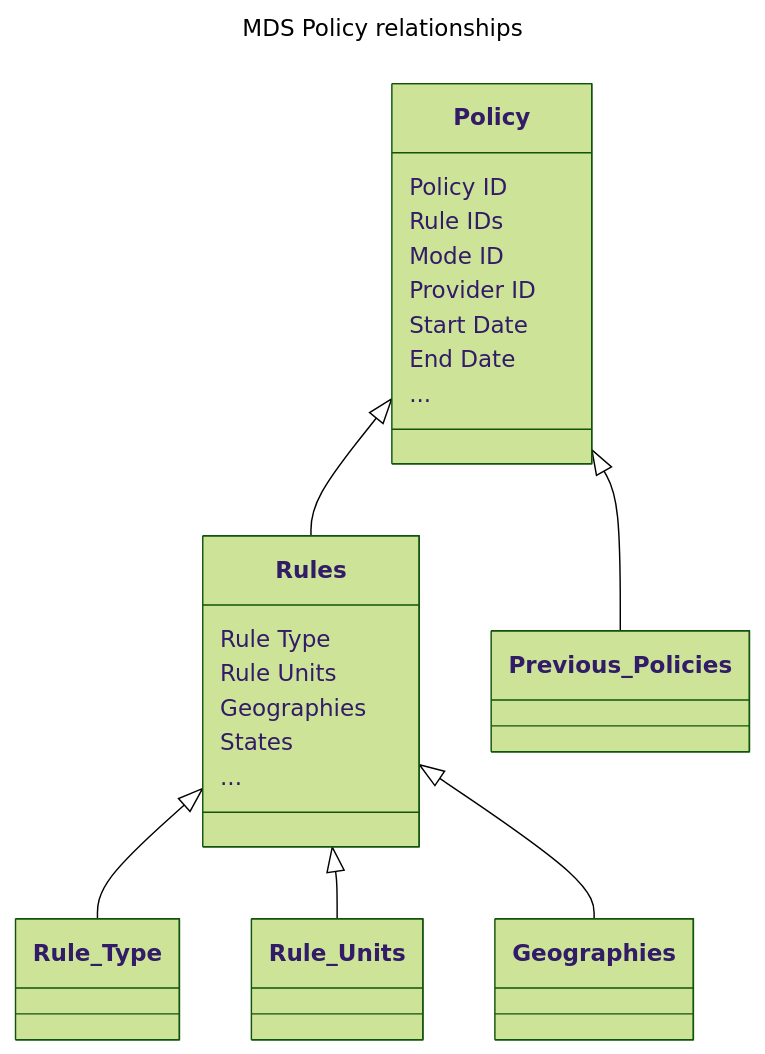
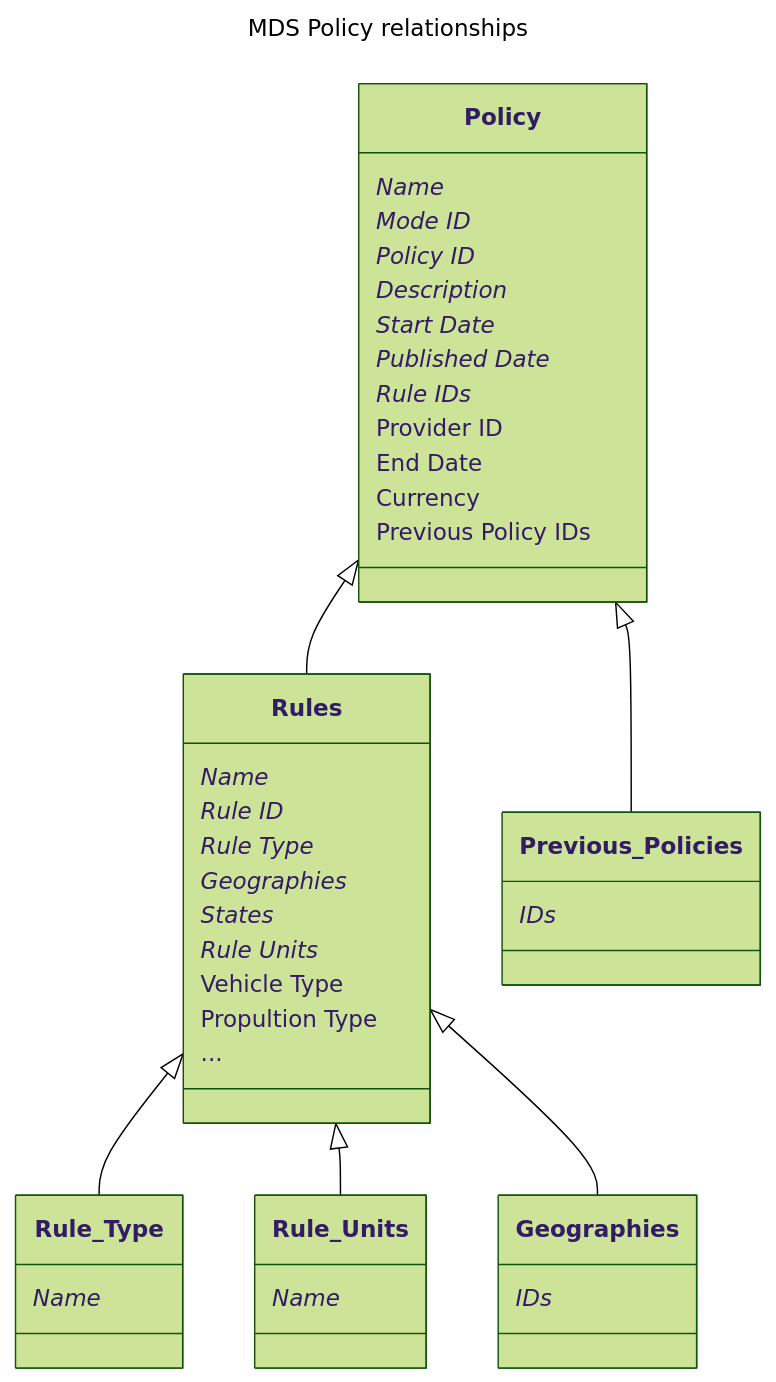
The diagram in policy/README.md (openmobilityfoundation/mobility-data-specification), drawn with Mermaid (forest theme) before and after one commit.

Commit message:
Added detail to Policy diagram

````diff
--- a/policy/README.md
+++ b/policy/README.md
@@ -474,27 +474,47 @@
 ```mermaid
 ---
 title: MDS Policy relationships
 ---
 classDiagram
     Policy <|-- Rules
     Policy <|-- Previous_Policies
     Rules <|-- Rule_Type
     Rules <|-- Rule_Units
     Rules <|-- Geographies
     class Policy{
-        Policy ID
-        Rule IDs
-        Mode ID
+        Name *
+        Mode ID * 
+        Policy ID *
+        Description *
+        Start Date *
+        Published Date *
+        Rule IDs *
         Provider ID
-        Start Date
         End Date
+        Currency
+        Previous Policy IDs
+    }
+    class Rules{
+        Name *
+        Rule ID *
+        Rule Type *
+        Geographies *
+        States *
+        Rule Units *
+        Vehicle Type
+        Propultion Type
         ...
     }
-    class Rules{
-        Rule Type
-        Rule Units
-        Geographies
-        States
-        ...
+    class Rule_Units{
+       Name *
+    }
+    class Rule_Type{
+       Name *
+    }
+    class Previous_Policies{
+       IDs *
+    }
+    class Geographies{
+       IDs *
     }
 ```
````
